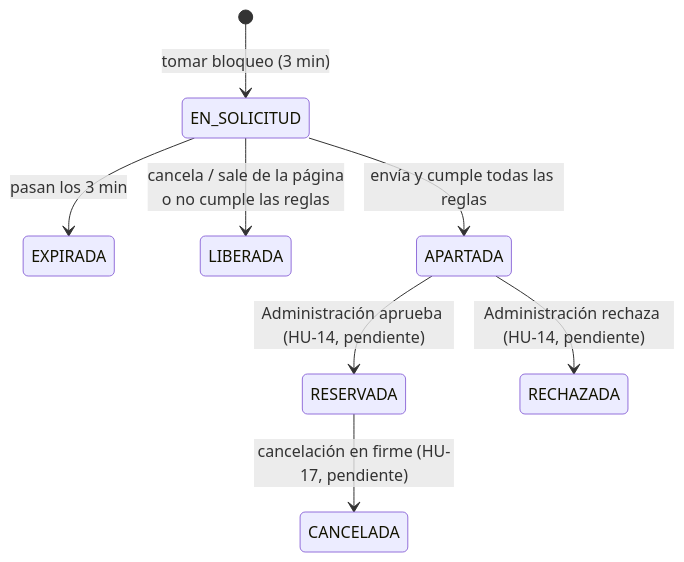
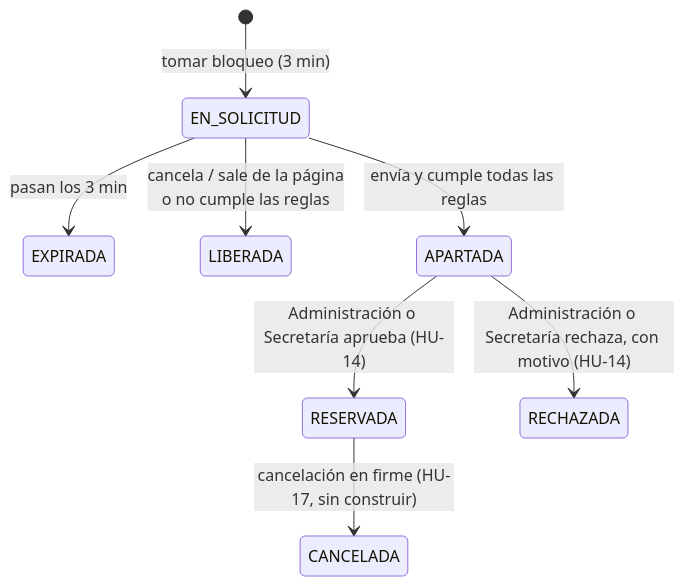
One commit to ZeroFour-04/Admind_Documentacion changed the second of 2 diagrams in 05_Modulos/reservas.md. Above: the diagram before and after it, drawn with Mermaid. The commit also changed other lines of this file and 80 other files, not shown here.

````diff
--- a/05_Modulos/reservas.md
+++ b/05_Modulos/reservas.md
@@ -136,10 +137,10 @@
 ```mermaid
 stateDiagram-v2
     [*] --> EN_SOLICITUD: tomar bloqueo (3 min)
     EN_SOLICITUD --> EXPIRADA: pasan los 3 min
     EN_SOLICITUD --> LIBERADA: cancela / sale de la página<br/>o no cumple las reglas
     EN_SOLICITUD --> APARTADA: envía y cumple todas las reglas
-    APARTADA --> RESERVADA: Administración aprueba (HU-14, pendiente)
-    APARTADA --> RECHAZADA: Administración rechaza (HU-14, pendiente)
-    RESERVADA --> CANCELADA: cancelación en firme (HU-17, pendiente)
+    APARTADA --> RESERVADA: Administración o Secretaría aprueba (HU-14)
+    APARTADA --> RECHAZADA: Administración o Secretaría rechaza, con motivo (HU-14)
+    RESERVADA --> CANCELADA: cancelación en firme (HU-17, sin construir)
 ```
````
